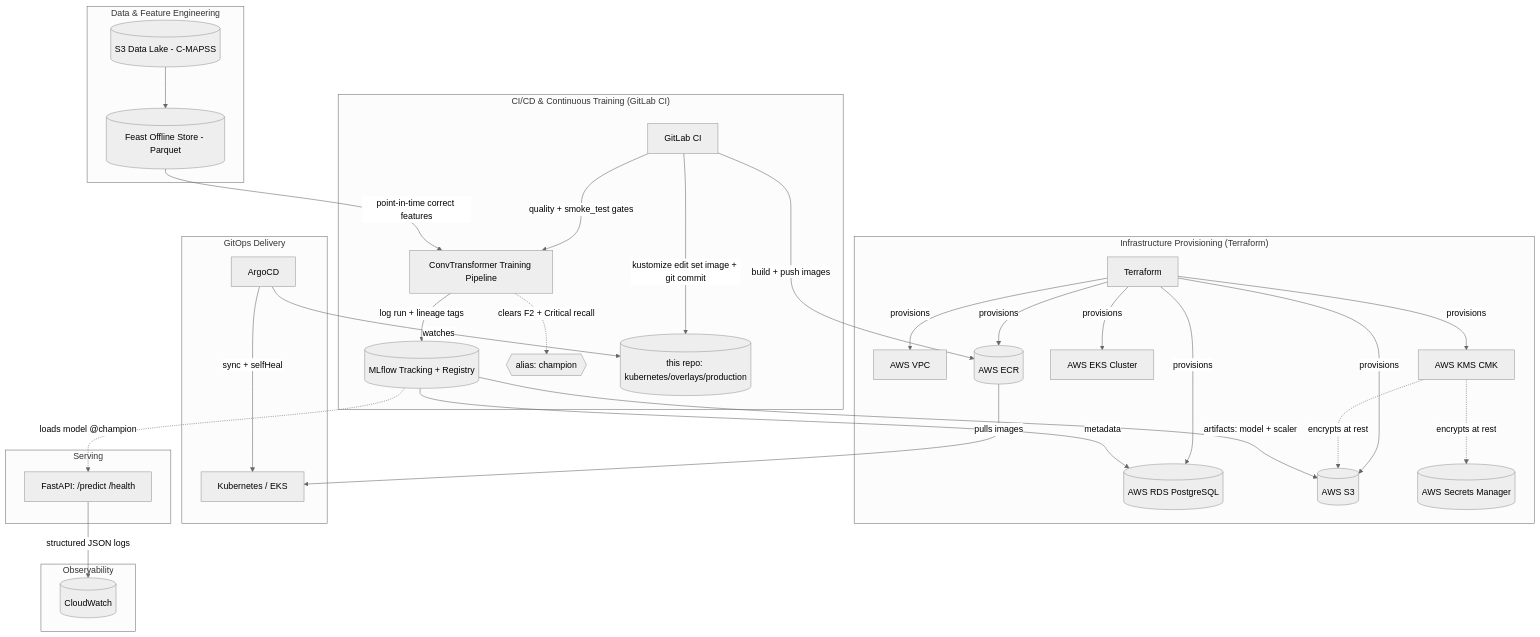
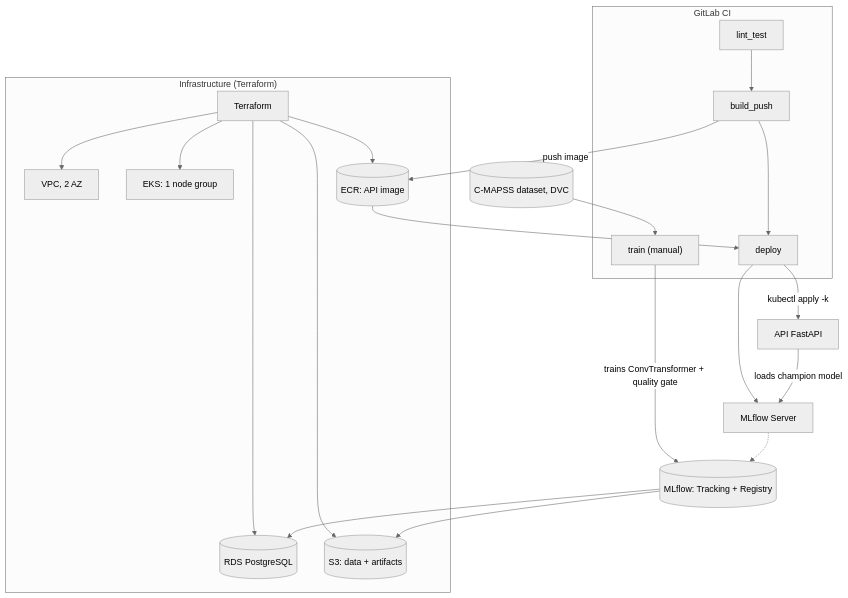
One commit to arguar13/Predictive-Maintenance-mlops changed the diagram in README.md. Above: the diagram before and after it, drawn with Mermaid (neutral theme). The commit also changed other lines of this file and 52 other files, not shown here.

````diff
--- a/README.md
+++ b/README.md
@@ -50,42 +25,27 @@
 ```mermaid
 graph TD
-    subgraph Infra["Infrastructure Provisioning (Terraform)"]
-        TF[Terraform] -->|provisions| VPC[AWS VPC]
-        TF -->|provisions| KMS[AWS KMS CMK]
-        TF -->|provisions| EKS[AWS EKS Cluster]
-        TF -->|provisions| RDS[(AWS RDS PostgreSQL)]
-        TF -->|provisions| S3B[(AWS S3)]
-        TF -->|provisions| ECR[(AWS ECR)]
-        KMS -.->|encrypts at rest| S3B
-        KMS -.->|encrypts at rest| SM[(AWS Secrets Manager)]
+    subgraph Infra["Infrastructure (Terraform)"]
+        TF[Terraform] --> VPC[VPC, 2 AZ]
+        TF --> EKS[EKS: 1 node group]
+        TF --> RDS[(RDS PostgreSQL)]
+        TF --> S3[(S3: data + artifacts)]
+        TF --> ECR[(ECR: API image)]
     end
 
-    subgraph Data["Data & Feature Engineering"]
-        S3DATA[(S3 Data Lake - C-MAPSS)] --> FEASTOFF[(Feast Offline Store - Parquet)]
+    subgraph CI["GitLab CI"]
+        LINT[lint_test] --> BUILD[build_push]
+        BUILD --> DEPLOY[deploy]
+        TRAINJOB["train (manual)"]
     end
 
-    subgraph CICD["CI/CD & Continuous Training (GitLab CI)"]
-        GITLAB[GitLab CI] -->|quality + smoke_test gates| TRAIN[ConvTransformer Training Pipeline]
-        FEASTOFF -->|point-in-time correct features| TRAIN
-        TRAIN -->|log run + lineage tags| MLFLOW[(MLflow Tracking + Registry)]
-        MLFLOW -->|metadata| RDS
-        MLFLOW -->|artifacts: model + scaler| S3B
-        TRAIN -.->|clears F2 + Critical recall| CHAMPION{{alias: champion}}
-        GITLAB -->|build + push images| ECR
-        GITLAB -->|kustomize edit set image + git commit| GITREPO[(this repo: kubernetes/overlays/production)]
-    end
-
-    subgraph GitOps["GitOps Delivery"]
-        ARGOCD[ArgoCD] -->|watches| GITREPO
-        ARGOCD -->|sync + selfHeal| K8S[Kubernetes / EKS]
-        ECR -->|pulls images| K8S
-    end
-
-    subgraph Serving["Serving"]
-        MLFLOW -.->|loads model @champion| API[FastAPI: /predict /health]
-    end
-
-    subgraph Observability["Observability"]
-        API -->|structured JSON logs| LOGS[(CloudWatch)]
-    end
+    DVC[(C-MAPSS dataset, DVC)] --> TRAINJOB
+    TRAINJOB -->|trains ConvTransformer + quality gate| MLFLOW[(MLflow: Tracking + Registry)]
+    MLFLOW --> RDS
+    MLFLOW --> S3
+    BUILD -->|push image| ECR
+    ECR --> DEPLOY
+    DEPLOY -->|kubectl apply -k| API[API FastAPI]
+    DEPLOY --> MLFLOWSVC[MLflow Server]
+    API -->|loads champion model| MLFLOWSVC
+    MLFLOWSVC -.-> MLFLOW
 ```
````
